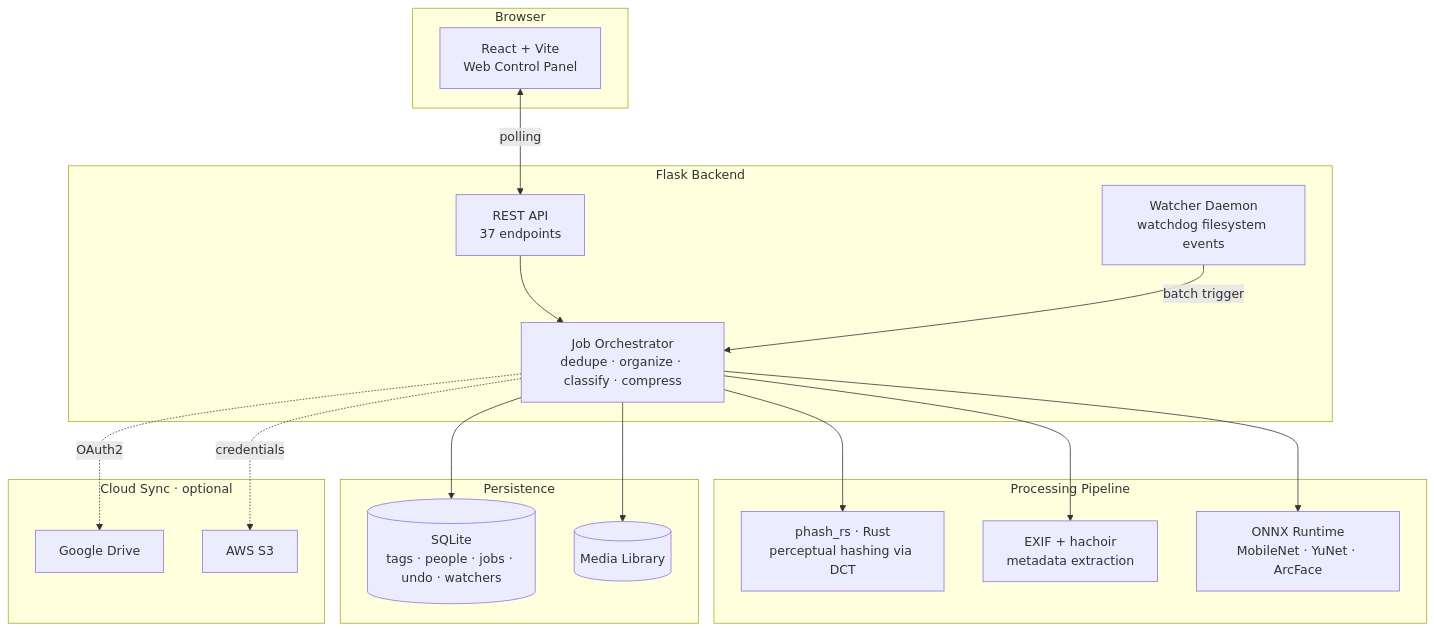
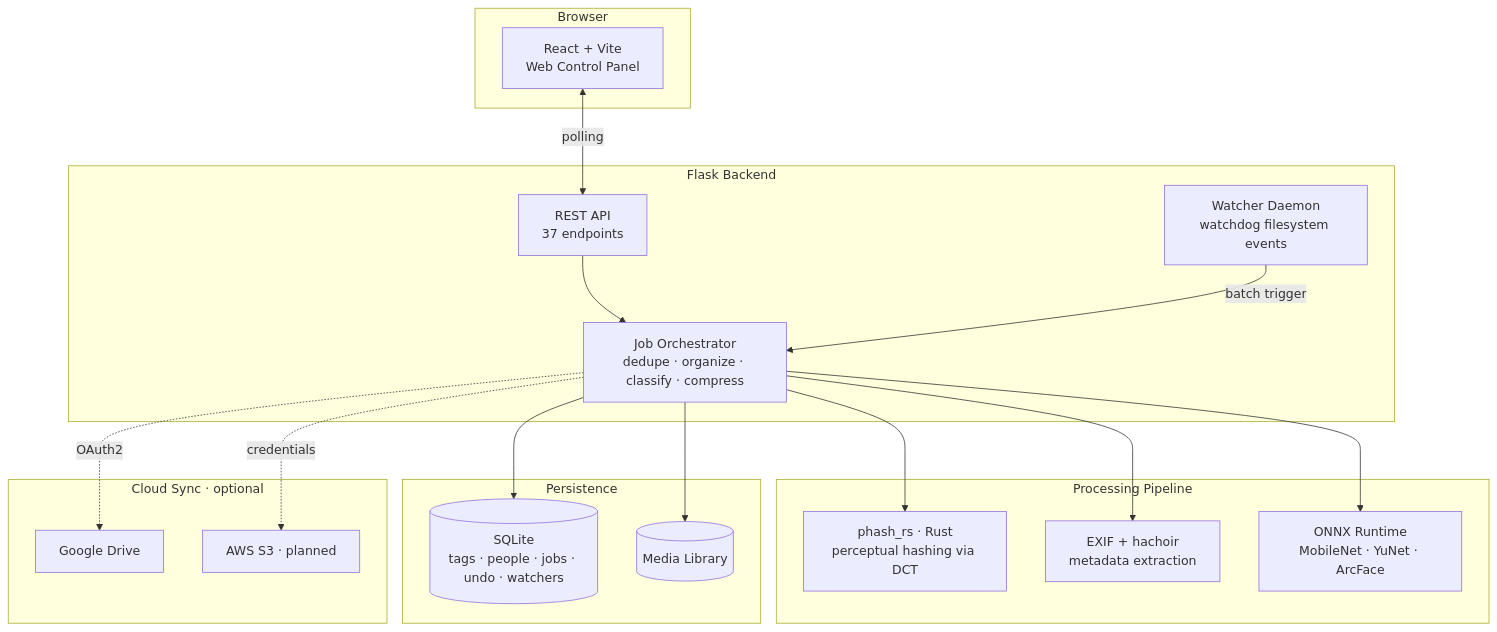
One commit to JayacharanR/Clean-Backup changed the diagram in README.md. Above: the diagram before and after it, drawn with Mermaid. The commit also changed other lines of this file and 10 other files, not shown here.

````diff
--- a/README.md
+++ b/README.md
@@ -50,39 +60,39 @@
 ```mermaid
 flowchart TB
     subgraph Client["Browser"]
         UI["React + Vite<br/>Web Control Panel"]
     end
 
     subgraph Server["Flask Backend"]
         API["REST API<br/>37 endpoints"]
         Jobs["Job Orchestrator<br/>dedupe · organize · classify · compress"]
         Watcher["Watcher Daemon<br/>watchdog filesystem events"]
     end
 
     subgraph Pipeline["Processing Pipeline"]
         Rust["phash_rs · Rust<br/>perceptual hashing via DCT"]
         EXIF["EXIF + hachoir<br/>metadata extraction"]
         ONNX["ONNX Runtime<br/>MobileNet · YuNet · ArcFace"]
     end
 
     subgraph Storage["Persistence"]
         DB[("SQLite<br/>tags · people · jobs · undo · watchers")]
         Media[("Media Library")]
     end
 
     subgraph Cloud["Cloud Sync · optional"]
         GDrive["Google Drive"]
-        S3["AWS S3"]
+        S3["AWS S3 · planned"]
     end
 
     UI <-->|polling| API
     API --> Jobs
     Watcher -->|batch trigger| Jobs
     Jobs --> Rust
     Jobs --> EXIF
     Jobs --> ONNX
     Jobs --> DB
     Jobs --> Media
     Jobs -.->|OAuth2| GDrive
     Jobs -.->|credentials| S3
 ```
````
